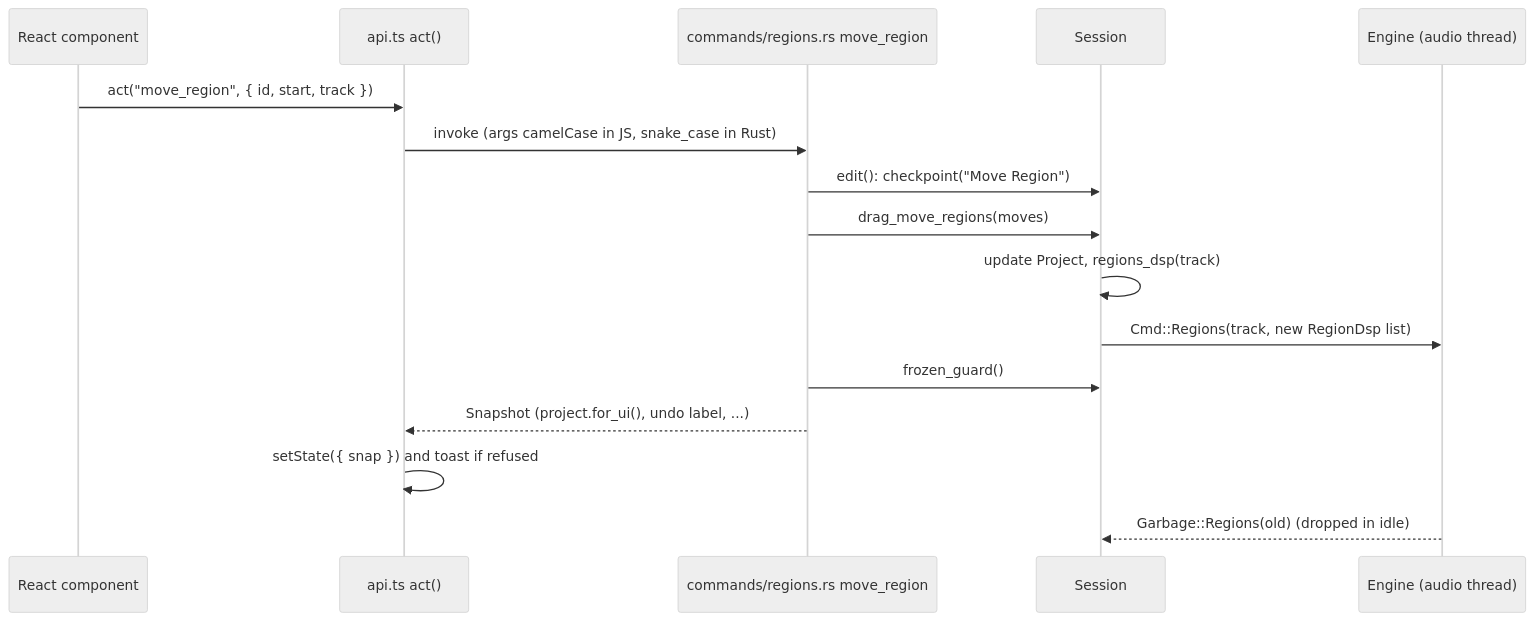
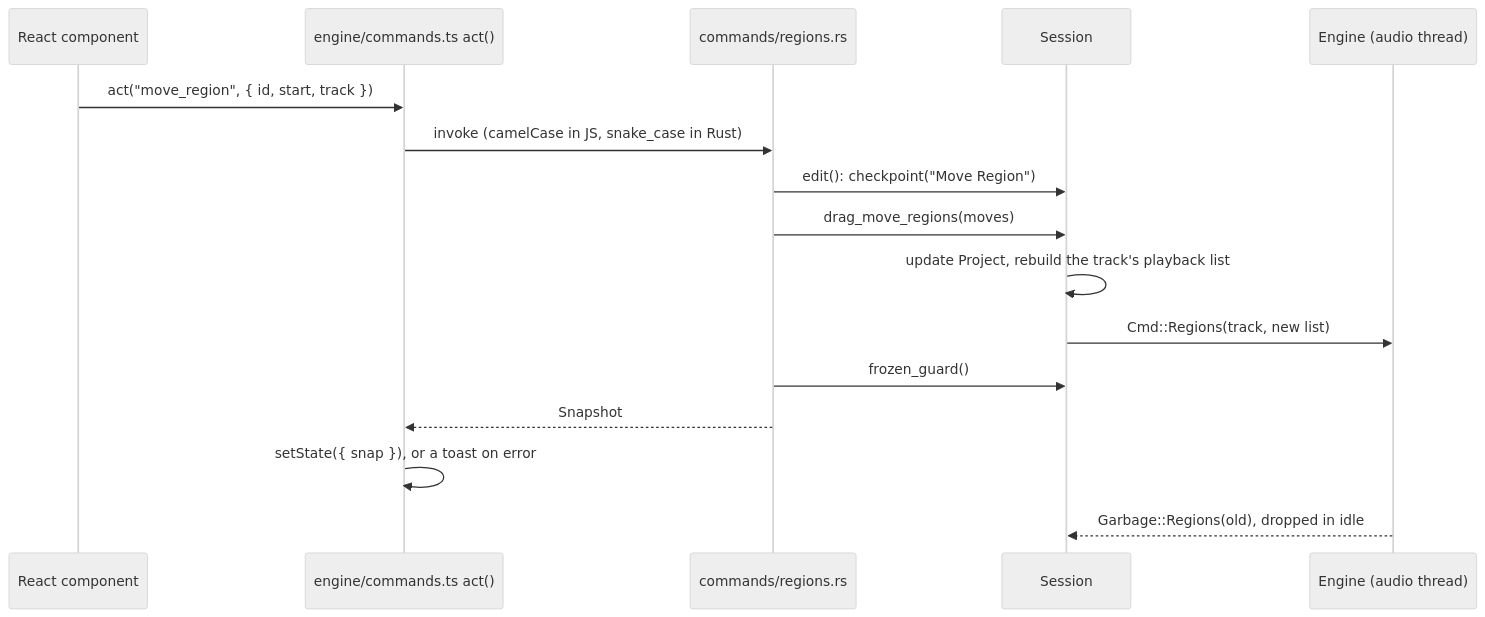
One commit to JackMechem/marbble changed the third of 5 diagrams in docs/ARCHITECTURE.md. Above: the diagram before and after it, drawn with Mermaid (neutral theme). The commit also changed other lines of this file and 21 other files, not shown here.

````diff
--- a/docs/ARCHITECTURE.md
+++ b/docs/ARCHITECTURE.md
@@ -182,18 +291,18 @@
 ```mermaid
 sequenceDiagram
   participant UI as React component
-  participant API as api.ts act()
-  participant C as commands/regions.rs move_region
+  participant API as engine/commands.ts act()
+  participant C as commands/regions.rs
   participant S as Session
   participant E as Engine (audio thread)
   UI->>API: act("move_region", { id, start, track })
-  API->>C: invoke (args camelCase in JS, snake_case in Rust)
+  API->>C: invoke (camelCase in JS, snake_case in Rust)
   C->>S: edit(): checkpoint("Move Region")
   C->>S: drag_move_regions(moves)
-  S->>S: update Project, regions_dsp(track)
-  S->>E: Cmd::Regions(track, new RegionDsp list)
+  S->>S: update Project, rebuild the track's playback list
+  S->>E: Cmd::Regions(track, new list)
   C->>S: frozen_guard()
-  C-->>API: Snapshot (project.for_ui(), undo label, ...)
-  API->>API: setState({ snap }) and toast if refused
-  E-->>S: Garbage::Regions(old) (dropped in idle)
+  C-->>API: Snapshot
+  API->>API: setState({ snap }), or a toast on error
+  E-->>S: Garbage::Regions(old), dropped in idle
 ```
````
